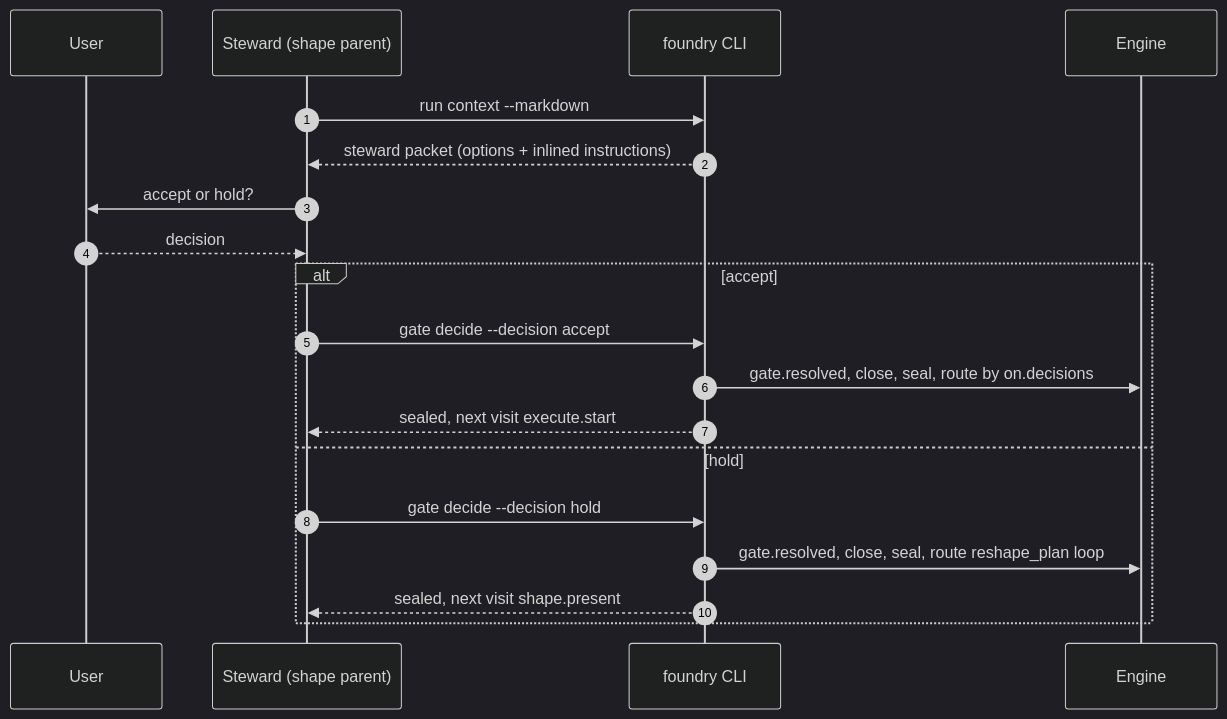
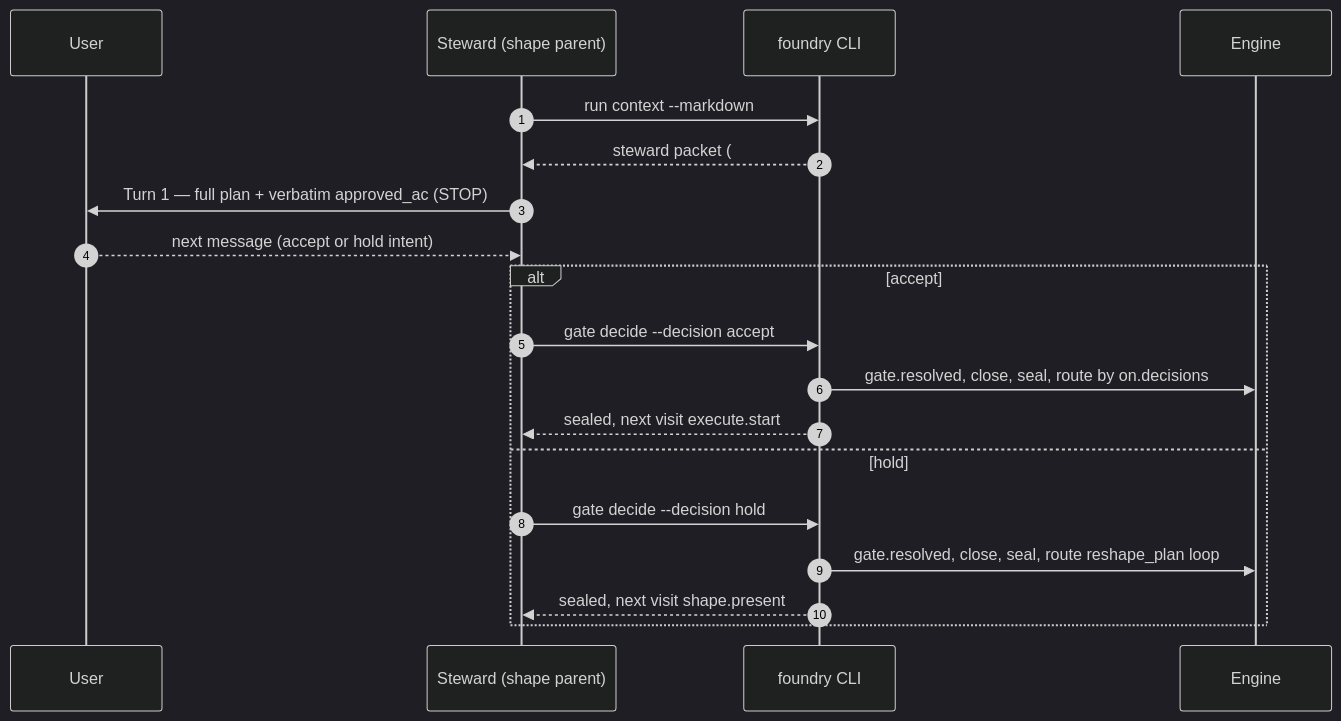
One commit to burtlo/foundry changed the second of 2 diagrams in docs/nodes/shape.record.gate.md. Above: the diagram before and after it, drawn with Mermaid (dark theme). The commit also changed other lines of this file and 10 other files, not shown here.

First line of the commit message:
shape.record.gate: inline living plan in run context

````diff
--- a/docs/nodes/shape.record.gate.md
+++ b/docs/nodes/shape.record.gate.md
@@ -66,23 +66,23 @@
 ```mermaid
 sequenceDiagram
   autonumber
   participant U as User
   participant S as Steward (shape parent)
   participant CLI as foundry CLI
   participant E as Engine
 
   S->>CLI: run context --markdown
-  CLI-->>S: steward packet (options + inlined instructions)
+  CLI-->>S: steward packet (## Living plan + instructions)
 
-  S->>U: accept or hold?
-  U-->>S: decision
+  S->>U: Turn 1 — full plan + verbatim approved_ac (STOP)
+  U-->>S: next message (accept or hold intent)
   alt accept
     S->>CLI: gate decide --decision accept
     CLI->>E: gate.resolved, close, seal, route by on.decisions
     CLI-->>S: sealed, next visit execute.start
   else hold
     S->>CLI: gate decide --decision hold
     CLI->>E: gate.resolved, close, seal, route reshape_plan loop
     CLI-->>S: sealed, next visit shape.present
   end
 ```
````
